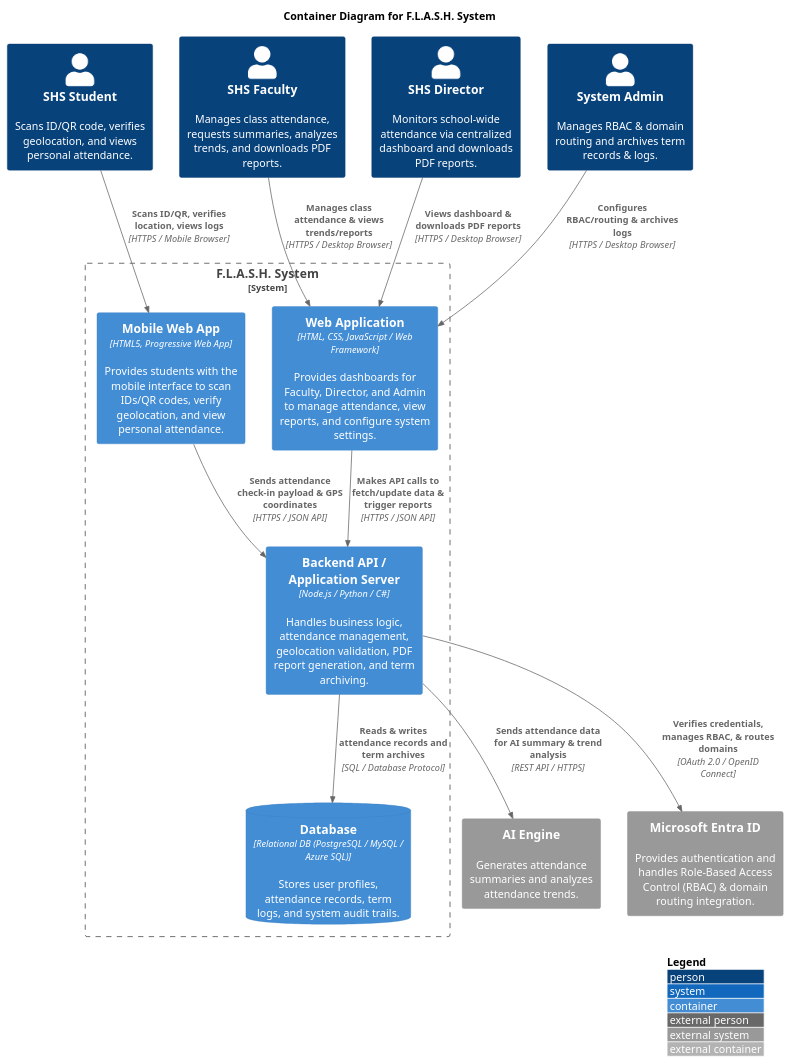
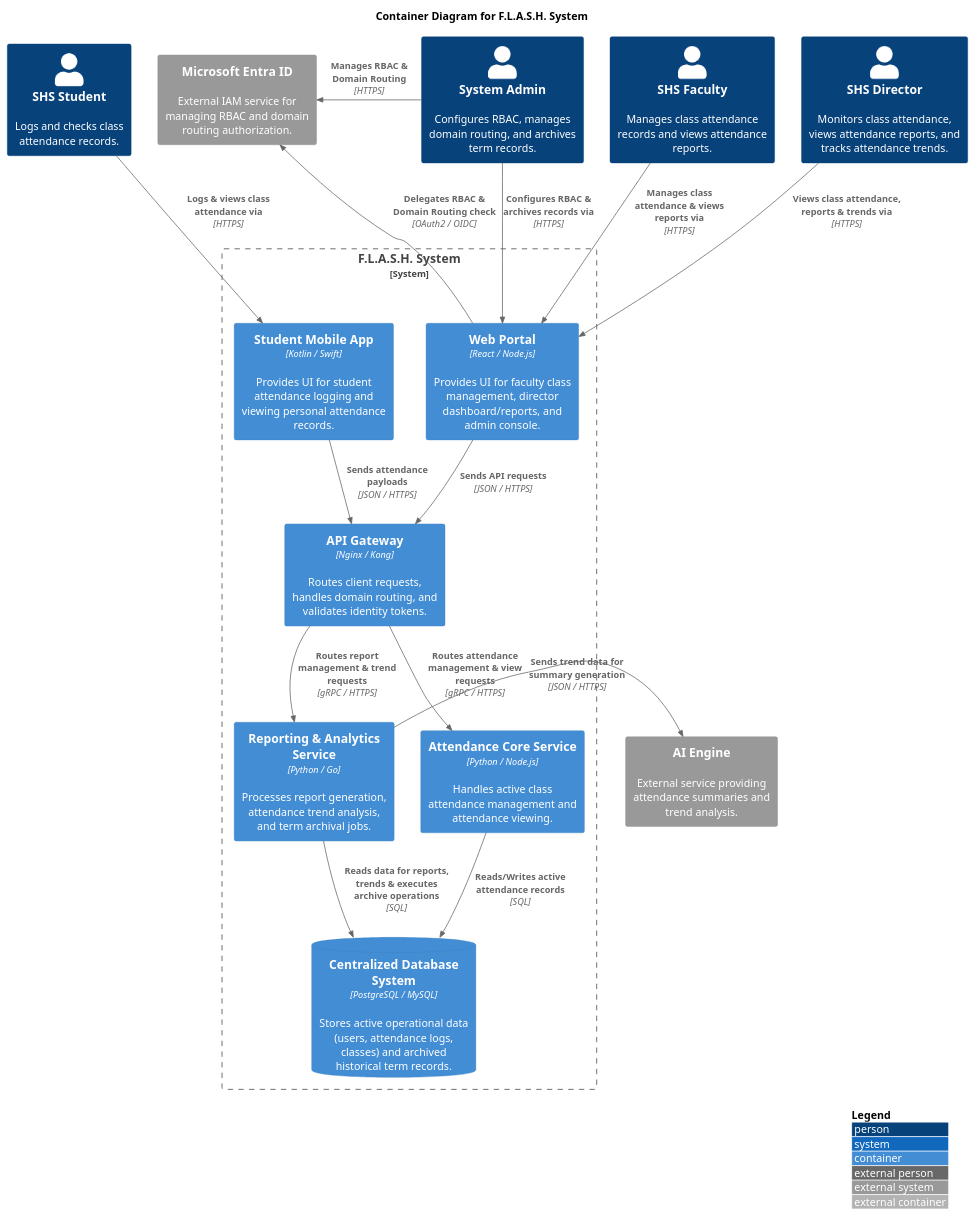
The diagram in docs/MSYADD1/System Container Diagram.puml (APC-SoCIT/APC-2026-2027-T1-IT241-Grp2-F.L.A.S.H-Fast-Logging-Automated-Secure-Hybrid-attendance), drawn with PlantUML before and after one commit.

Commit message:
Updated System Container Diagram

```diff
--- a/docs/MSYADD1/System Container Diagram.puml
+++ b/docs/MSYADD1/System Container Diagram.puml
@@ -1,41 +1,56 @@
 @startuml
 !include https://raw.githubusercontent.com/plantuml-stdlib/C4-PlantUML/master/C4_Container.puml
 
 LAYOUT_WITH_LEGEND()
 
 title Container Diagram for F.L.A.S.H. System
 
-' Persons / Users
-Person(student, "SHS Student", "Scans ID/QR code, verifies geolocation, and views personal attendance.")
-Person(faculty, "SHS Faculty", "Manages class attendance, requests summaries, analyzes trends, and downloads PDF reports.")
-Person(director, "SHS Director", "Monitors school-wide attendance via centralized dashboard and downloads PDF reports.")
-Person(admin, "System Admin", "Manages RBAC & domain routing and archives term records & logs.")
+' Actors & External Systems
+Person(student, "SHS Student", "Logs and checks class attendance records.")
+Person(faculty, "SHS Faculty", "Manages class attendance records and views attendance reports.")
+Person(director, "SHS Director", "Monitors class attendance, views attendance reports, and tracks attendance trends.")
+Person(admin, "System Admin", "Configures RBAC, manages domain routing, and archives term records.")
 
-' System Boundary
+System_Ext(entra_id, "Microsoft Entra ID", "External IAM service for managing RBAC and domain routing authorization.")
+System_Ext(ai_engine, "AI Engine", "External service providing attendance summaries and trend analysis.")
+
+' F.L.A.S.H. System Boundary
 System_Boundary(flash_system, "F.L.A.S.H. System") {
-    Container(web_app, "Web Application", "HTML, CSS, JavaScript / Web Framework", "Provides dashboards for Faculty, Director, and Admin to manage attendance, view reports, and configure system settings.")
-    Container(mobile_web, "Mobile Web App", "HTML5, Progressive Web App", "Provides students with the mobile interface to scan IDs/QR codes, verify geolocation, and view personal attendance.")
-    Container(backend_api, "Backend API / Application Server", "Node.js / Python / C#", "Handles business logic, attendance management, geolocation validation, PDF report generation, and term archiving.")
-    ContainerDb(database, "Database", "Relational DB (PostgreSQL / MySQL / Azure SQL)", "Stores user profiles, attendance records, term logs, and system audit trails.")
+
+    Container(web_portal, "Web Portal", "React / Node.js", "Provides UI for faculty class management, director dashboard/reports, and admin console.")
+    Container(mobile_app, "Student Mobile App", "Kotlin / Swift", "Provides UI for student attendance logging and viewing personal attendance records.")
+    
+    Container(api_gateway, "API Gateway", "Nginx / Kong", "Routes client requests, handles domain routing, and validates identity tokens.")
+    
+    Container(attendance_service, "Attendance Core Service", "Python / Node.js", "Handles active class attendance management and attendance viewing.")
+    Container(reporting_service, "Reporting & Analytics Service", "Python / Go", "Processes report generation, attendance trend analysis, and term archival jobs.")
+    
+    ContainerDb(unified_db, "Centralized Database System", "PostgreSQL / MySQL", "Stores active operational data (users, attendance logs, classes) and archived historical term records.")
 }
 
-' External Systems
-System_Ext(ai_engine, "AI Engine", "Generates attendance summaries and analyzes attendance trends.")
-System_Ext(entra, "Microsoft Entra ID", "Provides authentication and handles Role-Based Access Control (RBAC) & domain routing integration.")
+' Admin Authentication Flow
+Rel_L(admin, entra_id, "Manages RBAC & Domain Routing", "HTTPS")
+Rel_L(web_portal, entra_id, "Delegates RBAC & Domain Routing check", "OAuth2 / OIDC")
 
-' User Interactions
-Rel(student, mobile_web, "Scans ID/QR, verifies location, views logs", "HTTPS / Mobile Browser")
-Rel(faculty, web_app, "Manages class attendance & views trends/reports", "HTTPS / Desktop Browser")
-Rel(director, web_app, "Views dashboard & downloads PDF reports", "HTTPS / Desktop Browser")
-Rel(admin, web_app, "Configures RBAC/routing & archives logs", "HTTPS / Desktop Browser")
+' User Interactions -> Frontends
+Rel_D(student, mobile_app, "Logs & views class attendance via", "HTTPS")
+Rel_D(faculty, web_portal, "Manages class attendance & views reports via", "HTTPS")
+Rel_D(director, web_portal, "Views class attendance, reports & trends via", "HTTPS")
+Rel_D(admin, web_portal, "Configures RBAC & archives records via", "HTTPS")
 
-' Internal Container Relationships
-Rel(web_app, backend_api, "Makes API calls to fetch/update data & trigger reports", "HTTPS / JSON API")
-Rel(mobile_web, backend_api, "Sends attendance check-in payload & GPS coordinates", "HTTPS / JSON API")
-Rel(backend_api, database, "Reads & writes attendance records and term archives", "SQL / Database Protocol")
+' Frontends -> API Gateway
+Rel_D(web_portal, api_gateway, "Sends API requests", "JSON / HTTPS")
+Rel_D(mobile_app, api_gateway, "Sends attendance payloads", "JSON / HTTPS")
 
-' External System Relationships
-Rel(backend_api, ai_engine, "Sends attendance data for AI summary & trend analysis", "REST API / HTTPS")
-Rel(backend_api, entra, "Verifies credentials, manages RBAC, & routes domains", "OAuth 2.0 / OpenID Connect")
+' API Gateway -> Internal Microservices
+Rel_D(api_gateway, attendance_service, "Routes attendance management & view requests", "gRPC / HTTPS")
+Rel_D(api_gateway, reporting_service, "Routes report management & trend requests", "gRPC / HTTPS")
 
-@enduml
+' Reporting Service -> External AI Engine
+Rel_R(reporting_service, ai_engine, "Sends trend data for summary generation", "JSON / HTTPS")
+
+' Core Services -> Centralized Database
+Rel_D(attendance_service, unified_db, "Reads/Writes active attendance records", "SQL")
+Rel_D(reporting_service, unified_db, "Reads data for reports, trends & executes archive operations", "SQL")
+
+@endluml
```
